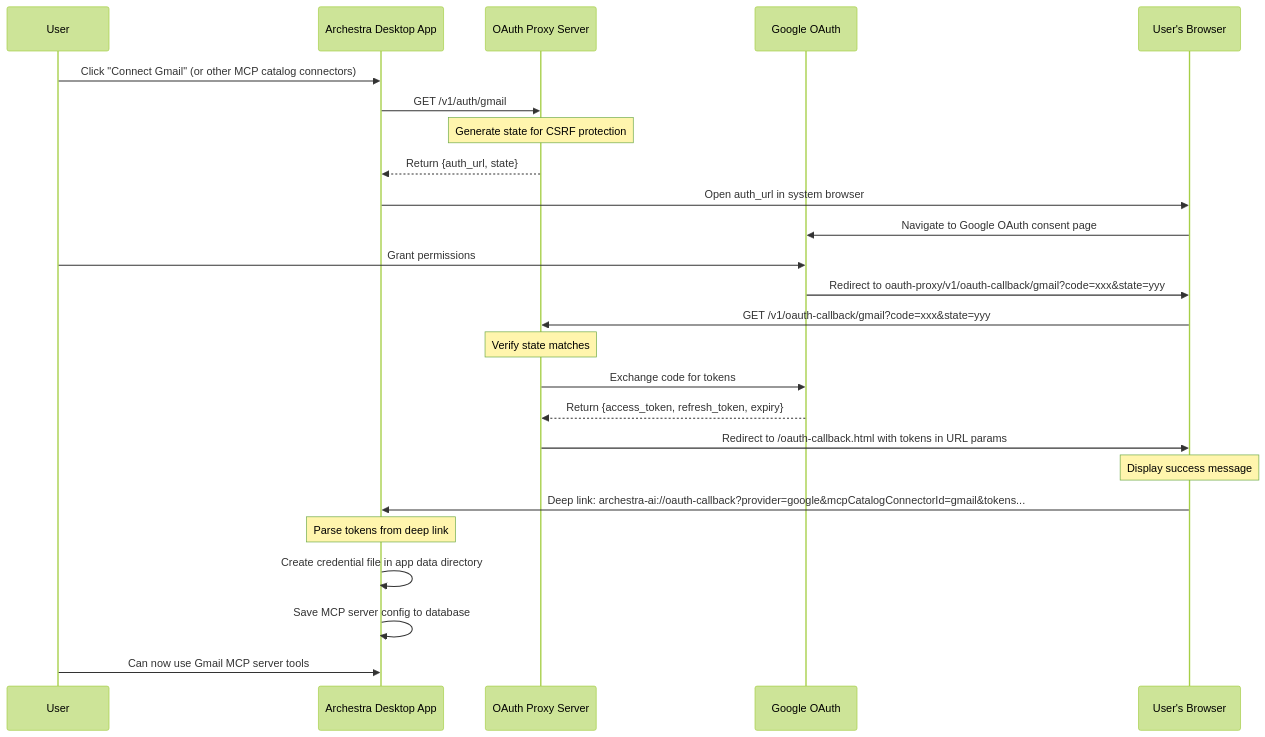
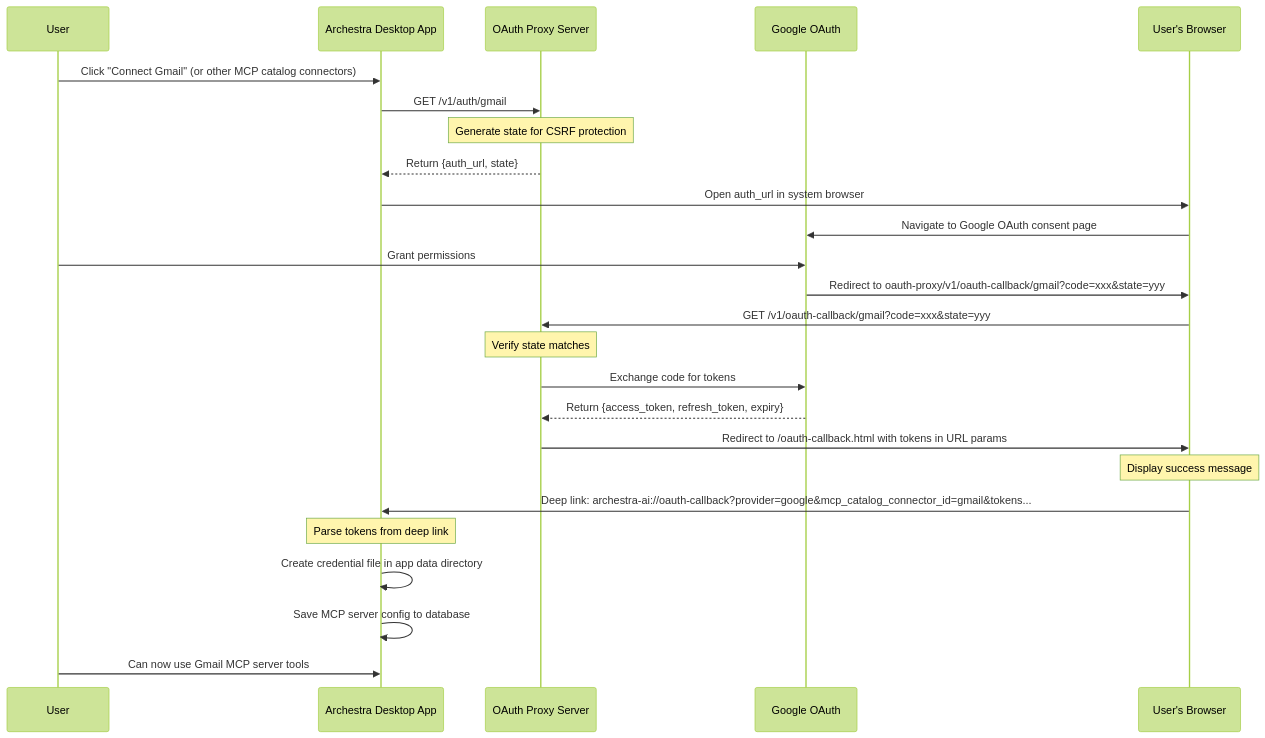
One commit to archestra-ai/prototypes changed the diagram in oauth-proxy/README.md. Above: the diagram before and after it, drawn with Mermaid (forest theme). The commit also changed other lines of this file and 7 other files, not shown here.

````diff
--- a/oauth-proxy/README.md
+++ b/oauth-proxy/README.md
@@ -29,28 +29,28 @@
 ```mermaid
 sequenceDiagram
     participant User
     participant ArchestraApp as Archestra Desktop App
     participant OAuthProxy as OAuth Proxy Server
     participant Google as Google OAuth
     participant Browser as User's Browser
 
     User->>ArchestraApp: Click "Connect Gmail" (or other MCP catalog connectors)
     ArchestraApp->>OAuthProxy: GET /v1/auth/gmail
     Note over OAuthProxy: Generate state for CSRF protection
     OAuthProxy-->>ArchestraApp: Return {auth_url, state}
     ArchestraApp->>Browser: Open auth_url in system browser
     Browser->>Google: Navigate to Google OAuth consent page
     User->>Google: Grant permissions
     Google->>Browser: Redirect to oauth-proxy/v1/oauth-callback/gmail?code=xxx&state=yyy
     Browser->>OAuthProxy: GET /v1/oauth-callback/gmail?code=xxx&state=yyy
     Note over OAuthProxy: Verify state matches
     OAuthProxy->>Google: Exchange code for tokens
     Google-->>OAuthProxy: Return {access_token, refresh_token, expiry}
     OAuthProxy->>Browser: Redirect to /oauth-callback.html with tokens in URL params
     Note over Browser: Display success message
-    Browser->>ArchestraApp: Deep link: archestra-ai://oauth-callback?provider=google&mcpCatalogConnectorId=gmail&tokens...
+    Browser->>ArchestraApp: Deep link: archestra-ai://oauth-callback?provider=google&mcp_catalog_connector_id=gmail&tokens...
     Note over ArchestraApp: Parse tokens from deep link
     ArchestraApp->>ArchestraApp: Create credential file in app data directory
     ArchestraApp->>ArchestraApp: Save MCP server config to database
     User->>ArchestraApp: Can now use Gmail MCP server tools
 ```
````
